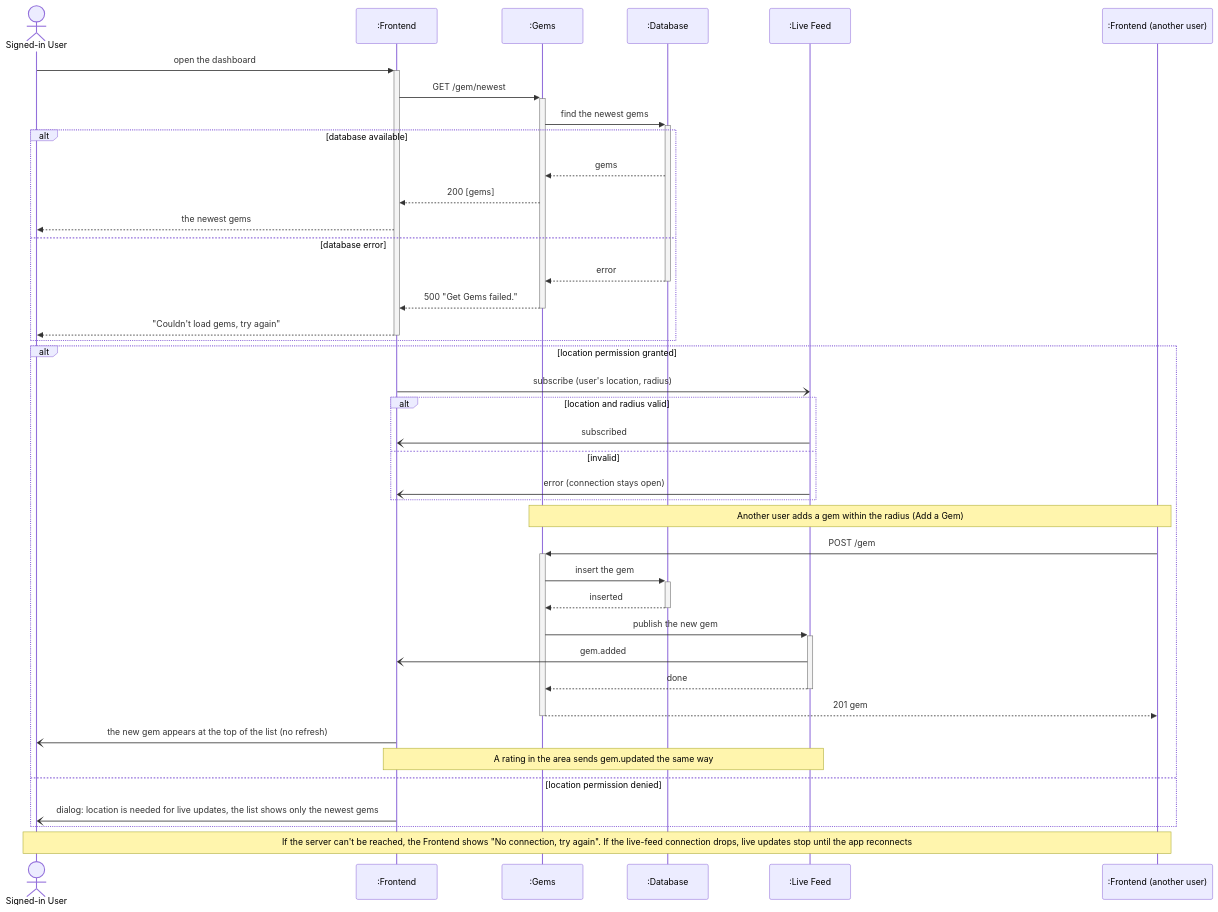
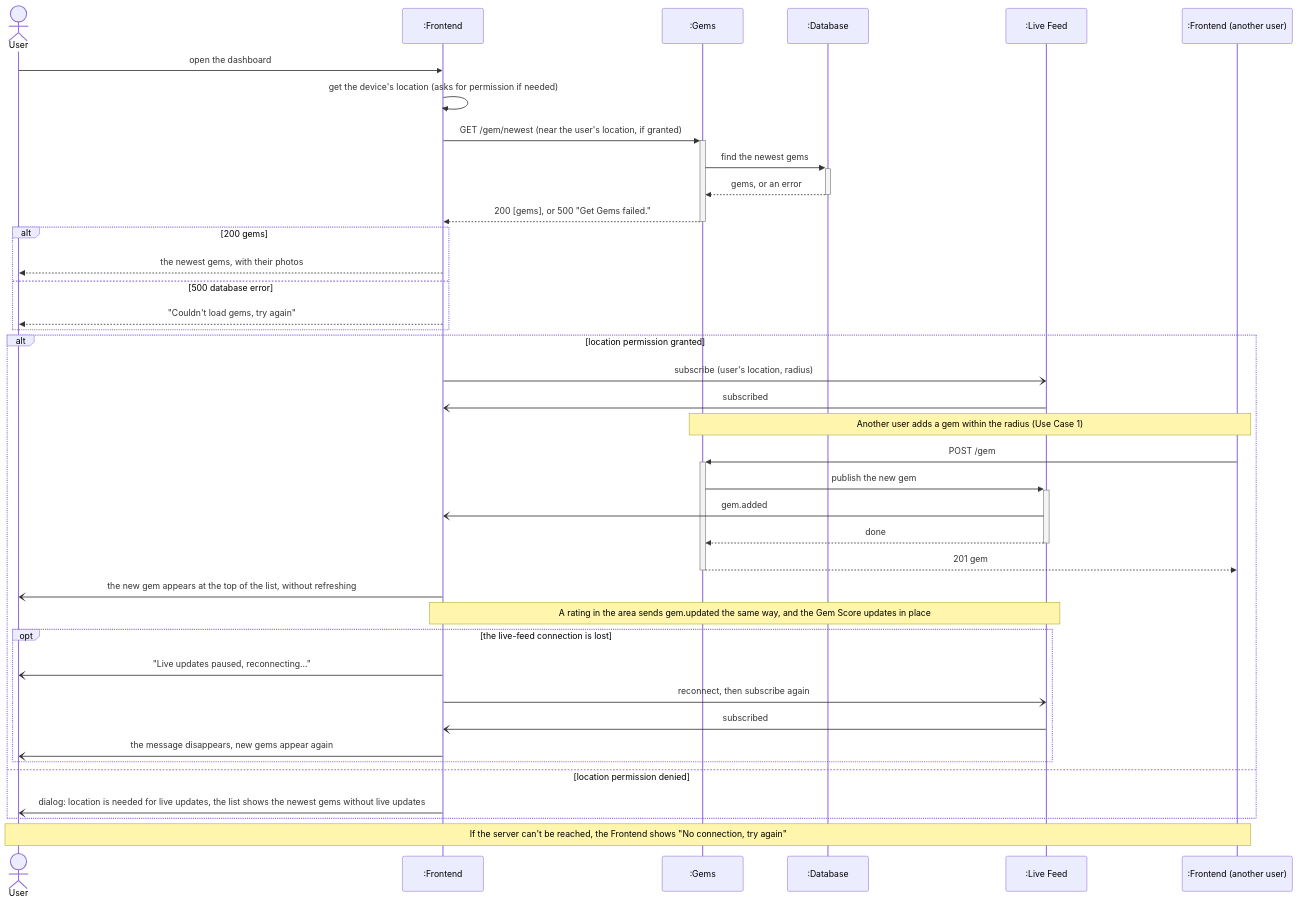
Before and after one commit to ubc-cpen-321-excavator/excavator: the diagram in documentation/diagrams/uc4_view_new_gems_nearby.mmd, drawn with Mermaid. The commit also changed 23 other files, not shown here.

Commit message:
docs: redo the design diagrams after CP2 feedback

```diff
--- a/documentation/diagrams/uc4_view_new_gems_nearby.mmd
+++ b/documentation/diagrams/uc4_view_new_gems_nearby.mmd
@@ -1,42 +1,41 @@
 sequenceDiagram
-  actor U as Signed-in User
+  actor U as User
   participant F as :Frontend
   participant G as :Gems
   participant DB as :Database
   participant LF as :Live Feed
   participant OF as :Frontend (another user)
 
-  U->>+F: open the dashboard
-  F->>+G: GET /gem/newest
+  U->>F: open the dashboard
+  F->>F: get the device's location (asks for permission if needed)
+  F->>+G: GET /gem/newest (near the user's location, if granted)
   G->>+DB: find the newest gems
-  alt database available
-    DB-->>G: gems
-    G-->>F: 200 [gems]
-    F-->>U: the newest gems
-  else database error
-    DB-->>-G: error
-    G-->>-F: 500 "Get Gems failed."
-    F-->>-U: "Couldn't load gems, try again"
+  DB-->>-G: gems, or an error
+  G-->>-F: 200 [gems], or 500 "Get Gems failed."
+  alt 200 gems
+    F-->>U: the newest gems, with their photos
+  else 500 database error
+    F-->>U: "Couldn't load gems, try again"
   end
 
   alt location permission granted
     F-)LF: subscribe (user's location, radius)
-    alt location and radius valid
-      LF-)F: subscribed
-    else invalid
-      LF-)F: error (connection stays open)
-    end
-    Note over OF,G: Another user adds a gem within the radius (Add a Gem)
+    LF-)F: subscribed
+    Note over OF,G: Another user adds a gem within the radius (Use Case 1)
     OF->>+G: POST /gem
-    G->>+DB: insert the gem
-    DB-->>-G: inserted
     G->>+LF: publish the new gem
     LF-)F: gem.added
     LF-->>-G: done
     G-->>-OF: 201 gem
-    F-)U: the new gem appears at the top of the list (no refresh)
-    Note over F,LF: A rating in the area sends gem.updated the same way
+    F-)U: the new gem appears at the top of the list, without refreshing
+    Note over F,LF: A rating in the area sends gem.updated the same way, and the Gem Score updates in place
+    opt the live-feed connection is lost
+      F-)U: "Live updates paused, reconnecting…"
+      F-)LF: reconnect, then subscribe again
+      LF-)F: subscribed
+      F-)U: the message disappears, new gems appear again
+    end
   else location permission denied
-    F-)U: dialog: location is needed for live updates, the list shows only the newest gems
+    F-)U: dialog: location is needed for live updates, the list shows the newest gems without live updates
   end
-  Note over U,OF: If the server can't be reached, the Frontend shows "No connection, try again". If the live-feed connection drops, live updates stop until the app reconnects
+  Note over U,OF: If the server can't be reached, the Frontend shows "No connection, try again"
```
